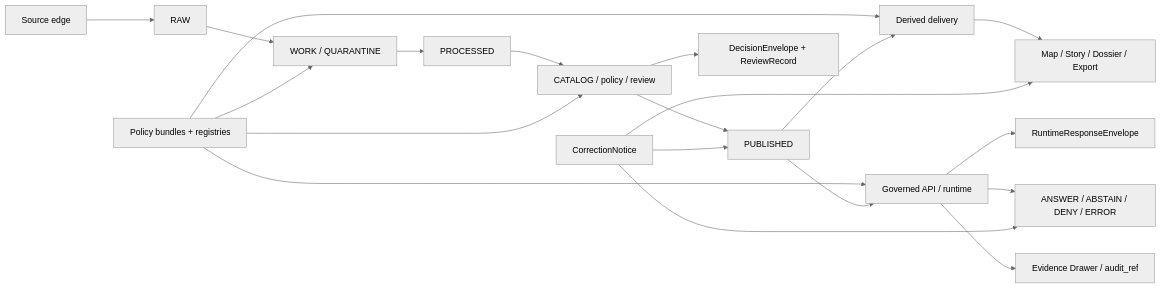
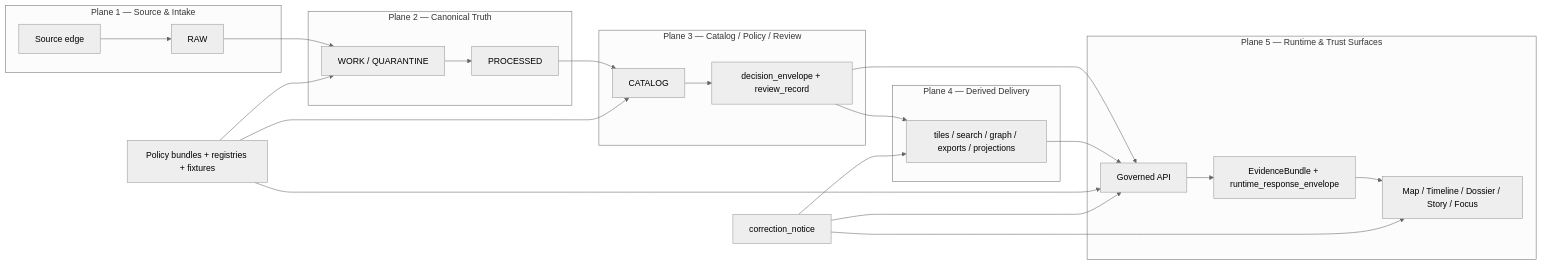
One commit to bartytime4life/Kansas-Frontier-Matrix changed the diagram in policy/README.md. Above: the diagram before and after it, drawn with Mermaid (neutral theme). The commit also changed other lines of this file, not shown here.

First line of the commit message:
Clarify notes and update policy descriptions

````diff
--- a/policy/README.md
+++ b/policy/README.md
@@ -296,26 +309,42 @@
 ```mermaid
 flowchart LR
-  A[Source edge] --> B[RAW]
-  B --> C[WORK / QUARANTINE]
-  C --> D[PROCESSED]
-  D --> E[CATALOG / policy / review]
-  E --> F[PUBLISHED]
+  subgraph P1[Plane 1 — Source & Intake]
+    SE[Source edge]
+    RAW[RAW]
+  end
 
-  P[Policy bundles + registries] --> C
-  P --> E
-  P --> G[Governed API / runtime]
-  P --> H[Derived delivery]
+  subgraph P2[Plane 2 — Canonical Truth]
+    WQ[WORK / QUARANTINE]
+    PROC[PROCESSED]
+  end
 
-  E --> R[DecisionEnvelope + ReviewRecord]
-  F --> H
-  F --> G
+  subgraph P3[Plane 3 — Catalog / Policy / Review]
+    CAT[CATALOG]
+    DEC[decision_envelope + review_record]
+  end
 
-  H --> I[Map / Story / Dossier / Export]
-  G --> J[RuntimeResponseEnvelope]
-  G --> K[ANSWER / ABSTAIN / DENY / ERROR]
-  G --> L[Evidence Drawer / audit_ref]
+  subgraph P4[Plane 4 — Derived Delivery]
+    DER[tiles / search / graph / exports / projections]
+  end
 
-  M[CorrectionNotice] --> F
-  M --> I
-  M --> K
+  subgraph P5[Plane 5 — Runtime & Trust Surfaces]
+    API[Governed API]
+    EV[EvidenceBundle + runtime_response_envelope]
+    UI[Map / Timeline / Dossier / Story / Focus]
+  end
+
+  SE --> RAW --> WQ --> PROC --> CAT
+  CAT --> DEC
+  DEC --> DER
+  DEC --> API
+  DER --> API
+  API --> EV --> UI
+
+  POL[Policy bundles + registries + fixtures] --> WQ
+  POL --> CAT
+  POL --> API
+
+  CORR[correction_notice] --> DER
+  CORR --> API
+  CORR --> UI
 ```
````
